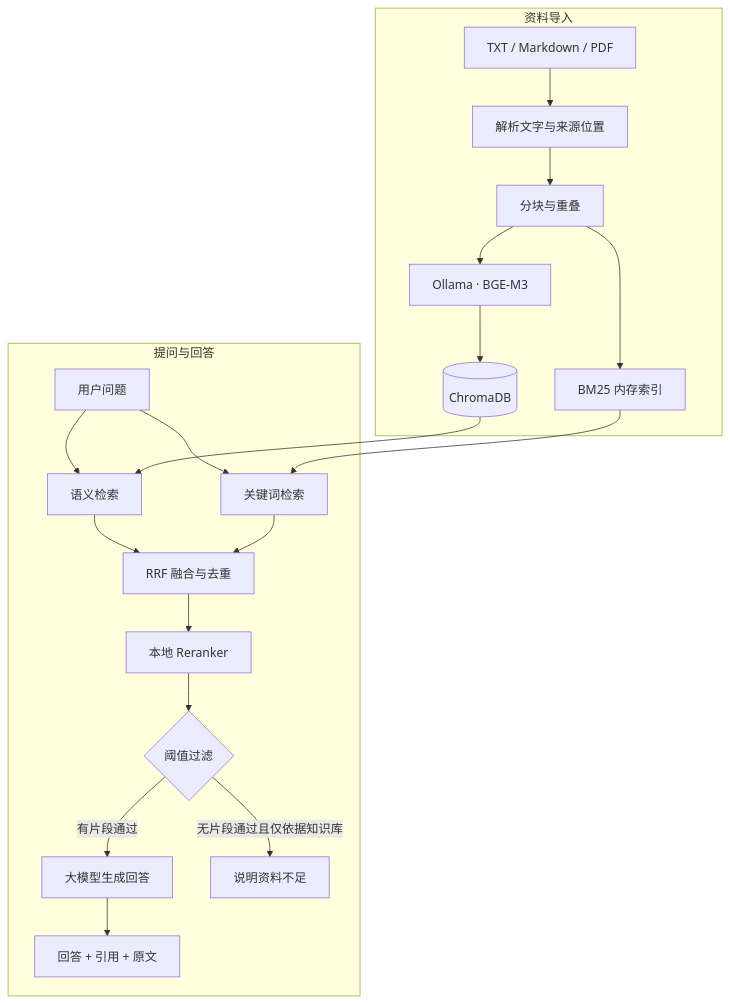
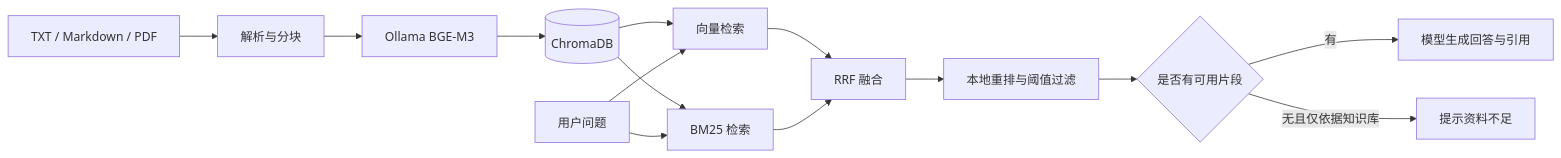
One commit to HXIAO6/miniAgent2.0 changed the diagram in README.md. Above: the diagram before and after it, drawn with Mermaid. The commit also changed other lines of this file and 4 other files, not shown here.

````diff
--- a/README.md
+++ b/README.md
@@ -148,24 +23,16 @@
 ```mermaid
-flowchart TD
-    subgraph Import[资料导入]
-        A[TXT / Markdown / PDF] --> B[解析文字与来源位置]
-        B --> C[分块与重叠]
-        C --> D[Ollama · BGE-M3]
-        D --> E[(ChromaDB)]
-        C --> F[BM25 内存索引]
-    end
-
-    subgraph Retrieval[提问与回答]
-        Q[用户问题] --> V[语义检索]
-        Q --> K[关键词检索]
-        E --> V
-        F --> K
-        V --> R[RRF 融合与去重]
-        K --> R
-        R --> S[本地 Reranker]
-        S --> T{阈值过滤}
-        T -->|有片段通过| L[大模型生成回答]
-        T -->|无片段通过且仅依据知识库| N[说明资料不足]
-        L --> O[回答 + 引用 + 原文]
-    end
+flowchart LR
+    A[TXT / Markdown / PDF] --> B[解析与分块]
+    B --> C[Ollama BGE-M3]
+    C --> D[(ChromaDB)]
+    D --> E[向量检索]
+    D --> F[BM25 检索]
+    Q[用户问题] --> E
+    Q --> F
+    E --> G[RRF 融合]
+    F --> G
+    G --> H[本地重排与阈值过滤]
+    H --> I{是否有可用片段}
+    I -->|有| J[模型生成回答与引用]
+    I -->|无且仅依据知识库| K[提示资料不足]
 ```
````
